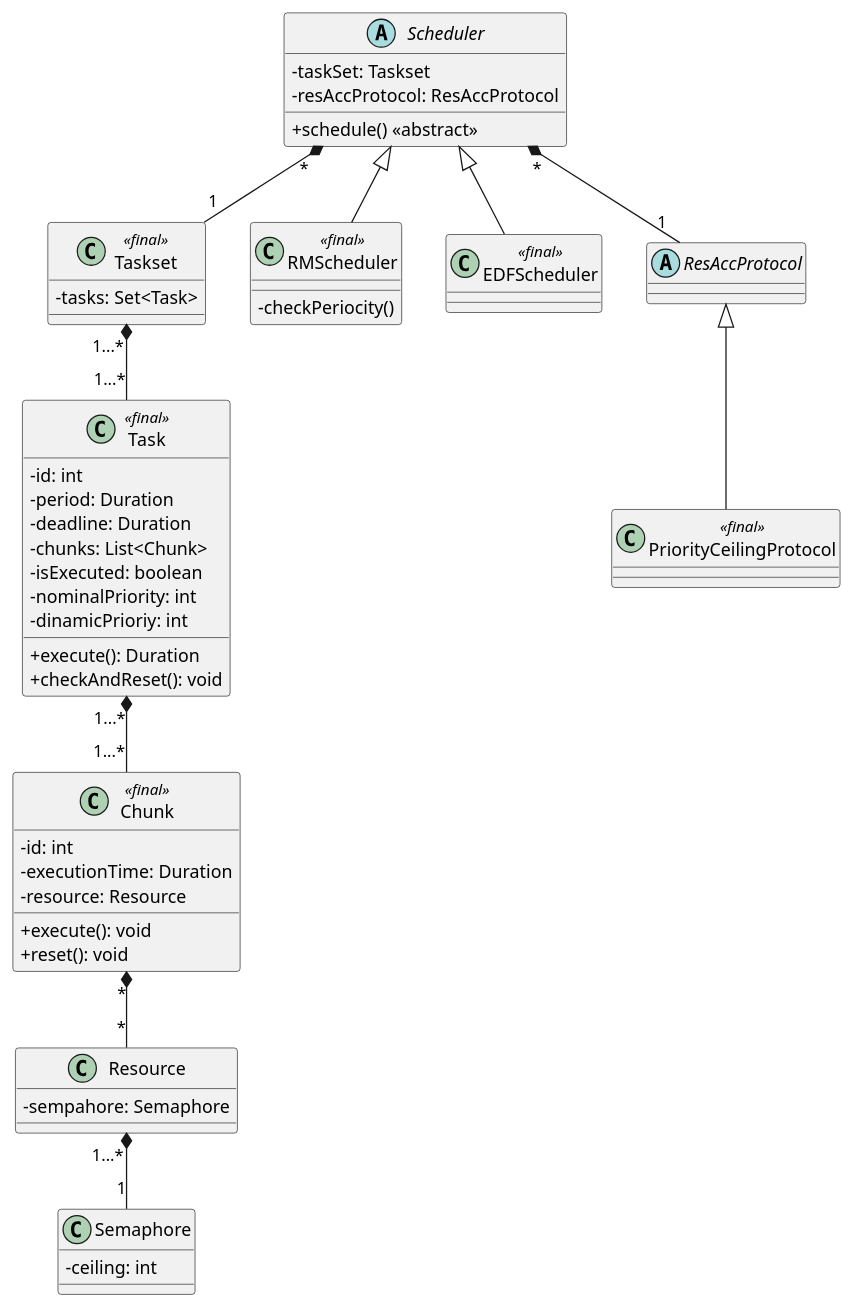
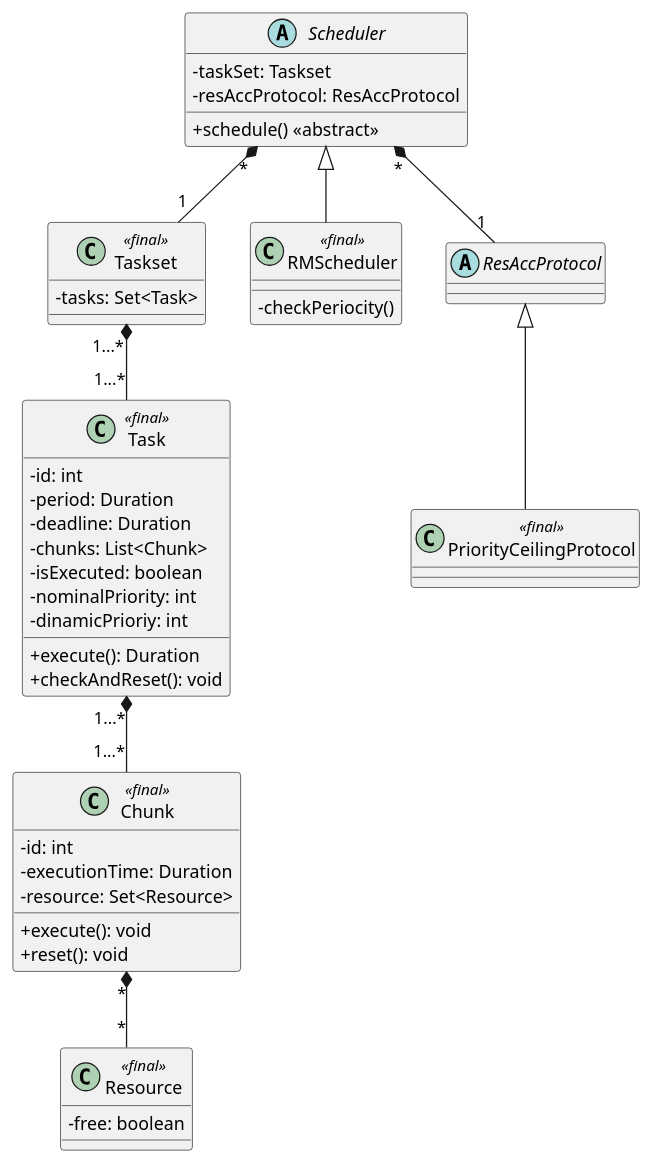
One commit to edoardosarri24/real-time-scheduling-simulator changed the diagram in class diagram.puml. Above: the diagram before and after it, drawn with PlantUML. The commit also changed 6 other files, not shown here.

```diff
--- a/class diagram.puml
+++ b/class diagram.puml
@@ -1,67 +1,58 @@
 @startuml Analisi
 skinparam classAttributeIconSize 0
 
 ' classi
 class Task <<final>> {
     - id: int
     - period: Duration
     - deadline: Duration
     - chunks: List<Chunk>
     - isExecuted: boolean
     - nominalPriority: int
     - dinamicPrioriy: int
     + execute(): Duration
     + checkAndReset(): void
 }
 
 class Chunk <<final>> {
     - id: int
     - executionTime: Duration
-    - resource: Resource
+    - resource: Set<Resource>
     + execute(): void
     + reset(): void
 }
 
 class Taskset <<final>> {
     - tasks: Set<Task>
 }
 
-class Resource {
-    - sempahore: Semaphore
+class Resource <<final>> {
+    - free: boolean
 }
 
 abstract class Scheduler {
     - taskSet: Taskset
     - resAccProtocol: ResAccProtocol
     + schedule() <<abstract>>
 }
 
 class RMScheduler <<final>> {
     - checkPeriocity()
 }
 
-class EDFScheduler <<final>> {
-}
-
 abstract class ResAccProtocol {
 }
 
 class PriorityCeilingProtocol <<final>> {
-}
-
-class Semaphore{
-    - ceiling: int
 }
 
 ' relazioni
 Task "1...*" *-- "1...*" Chunk
 Taskset "1...*" *-- "1...*" Task
 Chunk "*" *-- "*" Resource
 Scheduler <|-- RMScheduler
-Scheduler <|-- EDFScheduler
 Scheduler "*" *-- "1" Taskset
 ResAccProtocol <|-- PriorityCeilingProtocol
 Scheduler "*" *-- "1" ResAccProtocol
-Resource "1...*" *-- "1" Semaphore
 
 @enduml
```
